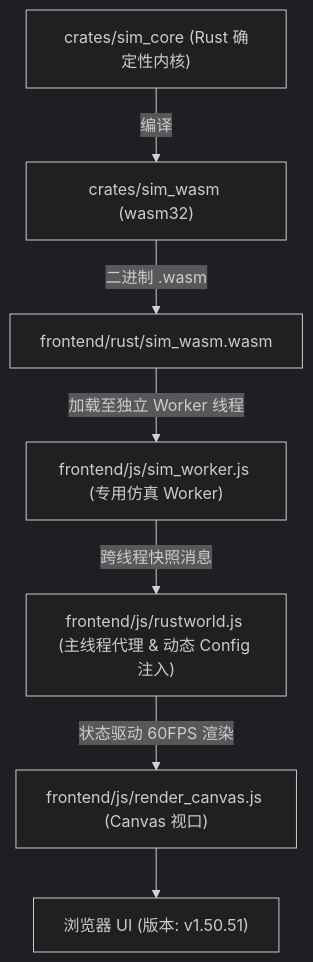
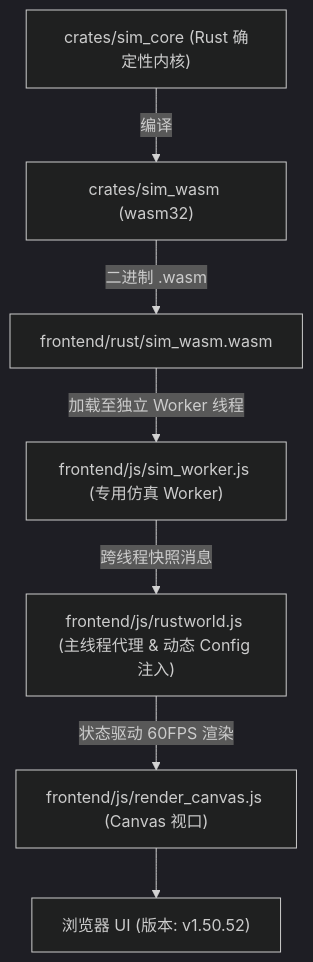
The diagram in AGENTS.md (g39088902/FlowAndAccord), drawn with Mermaid (dark theme) before and after one commit. The commit also changed other lines of this file and 22 other files, not shown here.

First line of the commit message:
S7-09/S7-10 阶段七收口：FABS/快照/前端视图适配 + 全链路确定性回归与版本收口（v1.50.52）

````diff
--- a/AGENTS.md
+++ b/AGENTS.md
@@ -61,10 +61,10 @@
 ```mermaid
 graph TD
     A["crates/sim_core (Rust 确定性内核)"] -->|编译| B["crates/sim_wasm (wasm32)"]
     B -->|二进制 .wasm| C["frontend/rust/sim_wasm.wasm"]
     C -->|加载至独立 Worker 线程| D["frontend/js/sim_worker.js (专用仿真 Worker)"]
     D -->|跨线程快照消息| E["frontend/js/rustworld.js (主线程代理 & 动态 Config 注入)"]
     E -->|状态驱动 60FPS 渲染| F["frontend/js/render_canvas.js (Canvas 视口)"]
-    F --> G["浏览器 UI (版本: v1.50.51)"]
+    F --> G["浏览器 UI (版本: v1.50.52)"]
 
 ```
````
